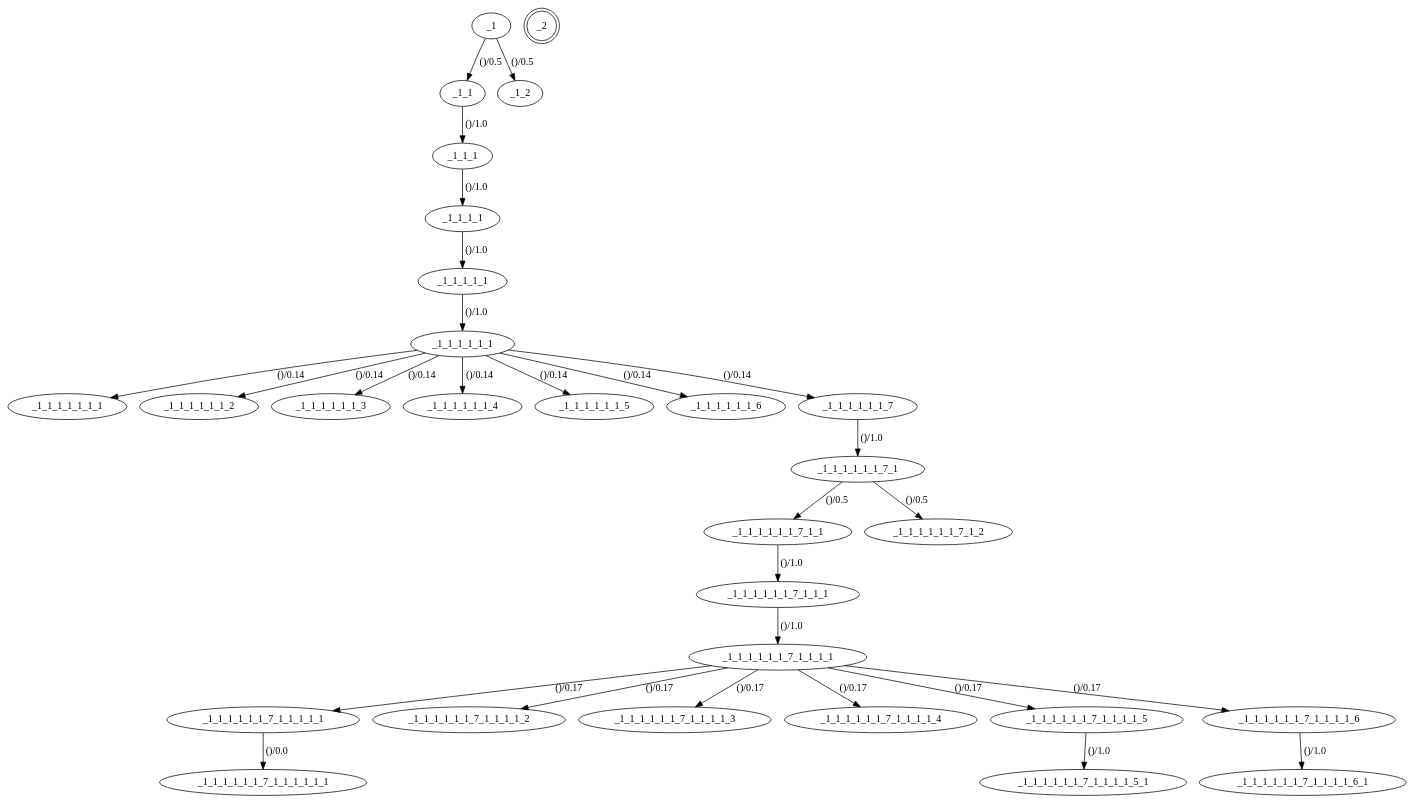
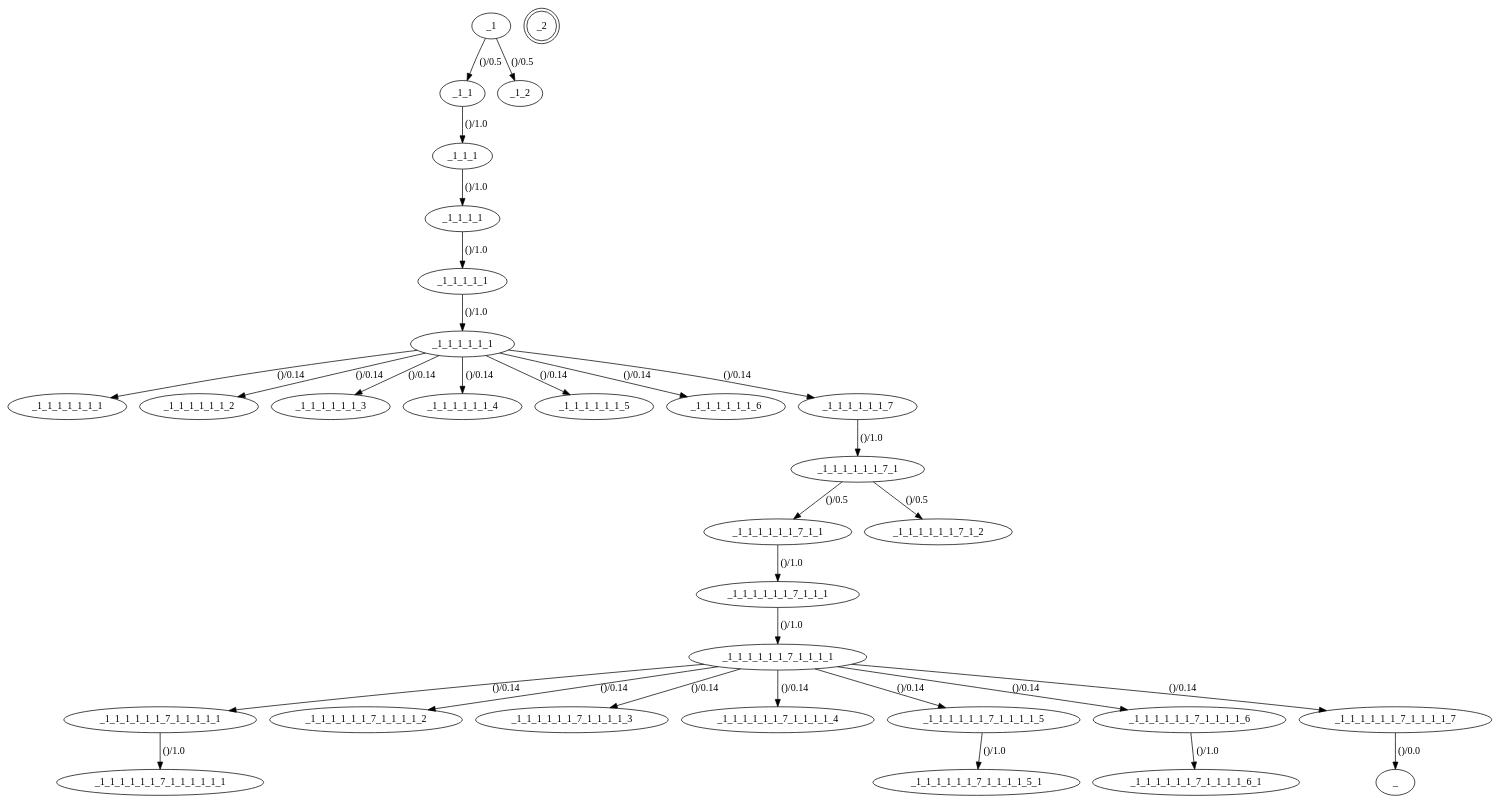
Before and after one commit to helttu/slideco-tests: the diagram in qauto_deco/pagemodel/structure.gv, drawn with Graphviz. The commit also changed 11 other files, not shown here.

```diff
--- a/qauto_deco/pagemodel/structure.gv
+++ b/qauto_deco/pagemodel/structure.gv
@@ -1,60 +1,63 @@
 digraph default_model {
 //States
 _1
 _1_1_1
 _1_1
 _1_1_1_1
 _1_1_1_1_1
 _1_1_1_1_1_1
 _1_1_1_1_1_1_1
 _1_1_1_1_1_1_2
 _1_1_1_1_1_1_3
 _1_1_1_1_1_1_4
 _1_1_1_1_1_1_5
 _1_1_1_1_1_1_6
 _1_1_1_1_1_1_7
 _1_1_1_1_1_1_7_1
 _1_1_1_1_1_1_7_1_1
 _1_1_1_1_1_1_7_1_1_1
 _1_1_1_1_1_1_7_1_1_1_1
 _1_1_1_1_1_1_7_1_1_1_1_1
 _1_1_1_1_1_1_7_1_1_1_1_2
 _1_1_1_1_1_1_7_1_1_1_1_3
 _1_1_1_1_1_1_7_1_1_1_1_4
 _1_1_1_1_1_1_7_1_1_1_1_5
 _1_1_1_1_1_1_7_1_1_1_1_5_1
 _1_1_1_1_1_1_7_1_2
 _1_1_1_1_1_1_7_1_1_1_1_6
 _1_1_1_1_1_1_7_1_1_1_1_6_1
 _1_2
 _1_1_1_1_1_1_7_1_1_1_1_1_1
+_1_1_1_1_1_1_7_1_1_1_1_7
 _2[shape = "doublecircle"]
 //Transitions
 _1 -> _1_1[ label = "()/0.5", probability = "0.5", set_guard = "(u'', u'')", check_guard = "(u'', u'')", edge_id = "fc549930-c01f-11e5-bdbc-a94980e8de8d"]
 _1_1 -> _1_1_1[ label = "()/1.0", probability = "1.0", set_guard = "(u'', u'')", check_guard = "(u'', u'')", edge_id = "fe4879ee-c01f-11e5-8b18-a94980e8de8d"]
 _1_1_1 -> _1_1_1_1[ label = "()/1.0", probability = "1.0", set_guard = "(u'', u'')", check_guard = "(u'', u'')", edge_id = "ac323121-c02d-11e5-8503-a94980e8de8d"]
 _1_1_1_1 -> _1_1_1_1_1[ label = "()/1.0", probability = "1.0", set_guard = "(u'', u'')", check_guard = "(u'', u'')", edge_id = "2e873671-c02e-11e5-a260-a94980e8de8d"]
 _1_1_1_1_1 -> _1_1_1_1_1_1[ label = "()/1.0", probability = "1.0", set_guard = "(u'', u'')", check_guard = "(u'', u'')", edge_id = "fa83d631-c032-11e5-aabc-a94980e8de8d"]
 _1_1_1_1_1_1 -> _1_1_1_1_1_1_1[ label = "()/0.14", probability = "0.142857142857", set_guard = "(u'', u'')", check_guard = "(u'', u'')", edge_id = "8bbcdc9f-c038-11e5-88a6-a94980e8de8d"]
 _1_1_1_1_1_1 -> _1_1_1_1_1_1_2[ label = "()/0.14", probability = "0.142857142857", set_guard = "(u'', u'')", check_guard = "(u'', u'')", edge_id = "e2cac7ef-c038-11e5-b7d3-a94980e8de8d"]
 _1_1_1_1_1_1 -> _1_1_1_1_1_1_3[ label = "()/0.14", probability = "0.142857142857", set_guard = "(u'', u'')", check_guard = "(u'', u'')", edge_id = "0b82f9ae-c039-11e5-b3ff-a94980e8de8d"]
 _1_1_1_1_1_1 -> _1_1_1_1_1_1_4[ label = "()/0.14", probability = "0.142857142857", set_guard = "(u'', u'')", check_guard = "(u'', u'')", edge_id = "3bceb6e2-c039-11e5-9122-a94980e8de8d"]
 _1_1_1_1_1_1 -> _1_1_1_1_1_1_5[ label = "()/0.14", probability = "0.142857142857", set_guard = "(u'', u'')", check_guard = "(u'', u'')", edge_id = "fdcfa1a1-c039-11e5-8b14-a94980e8de8d"]
 _1_1_1_1_1_1 -> _1_1_1_1_1_1_6[ label = "()/0.14", probability = "0.142857142857", set_guard = "(u'', u'')", check_guard = "(u'', u'')", edge_id = "ff775e30-c039-11e5-93ba-a94980e8de8d"]
 _1_1_1_1_1_1 -> _1_1_1_1_1_1_7[ label = "()/0.14", probability = "0.142857142857", set_guard = "(u'', u'')", check_guard = "(u'', u'')", edge_id = "01636f5f-c03d-11e5-94c1-a94980e8de8d"]
 _1_1_1_1_1_1_7 -> _1_1_1_1_1_1_7_1[ label = "()/1.0", probability = "1.0", set_guard = "(u'', u'')", check_guard = "(u'', u'')", edge_id = "63c5beb1-c03d-11e5-986f-a94980e8de8d"]
 _1_1_1_1_1_1_7_1 -> _1_1_1_1_1_1_7_1_1[ label = "()/0.5", probability = "0.5", set_guard = "(u'', u'')", check_guard = "(u'', u'')", edge_id = "81ed66c1-c03f-11e5-b923-a94980e8de8d"]
 _1_1_1_1_1_1_7_1_1 -> _1_1_1_1_1_1_7_1_1_1[ label = "()/1.0", probability = "1.0", set_guard = "(u'', u'')", check_guard = "(u'', u'')", edge_id = "80083690-c040-11e5-a873-a94980e8de8d"]
 _1_1_1_1_1_1_7_1_1_1 -> _1_1_1_1_1_1_7_1_1_1_1[ label = "()/1.0", probability = "1.0", set_guard = "(u'', u'')", check_guard = "(u'', u'')", edge_id = "110f70e2-c041-11e5-8143-a94980e8de8d"]
-_1_1_1_1_1_1_7_1_1_1_1 -> _1_1_1_1_1_1_7_1_1_1_1_1[ label = "()/0.17", probability = "0.166666666667", set_guard = "(u'', u'')", check_guard = "(u'', u'')", edge_id = "cb99f522-c041-11e5-8451-a94980e8de8d"]
-_1_1_1_1_1_1_7_1_1_1_1 -> _1_1_1_1_1_1_7_1_1_1_1_2[ label = "()/0.17", probability = "0.166666666667", set_guard = "(u'', u'')", check_guard = "(u'', u'')", edge_id = "018954a1-c042-11e5-88d0-a94980e8de8d"]
-_1_1_1_1_1_1_7_1_1_1_1 -> _1_1_1_1_1_1_7_1_1_1_1_3[ label = "()/0.17", probability = "0.166666666667", set_guard = "(u'', u'')", check_guard = "(u'', u'')", edge_id = "2f99eede-c042-11e5-a975-a94980e8de8d"]
-_1_1_1_1_1_1_7_1_1_1_1 -> _1_1_1_1_1_1_7_1_1_1_1_4[ label = "()/0.17", probability = "0.166666666667", set_guard = "(u'', u'')", check_guard = "(u'', u'')", edge_id = "59dcb841-c042-11e5-a3d8-a94980e8de8d"]
-_1_1_1_1_1_1_7_1_1_1_1 -> _1_1_1_1_1_1_7_1_1_1_1_5[ label = "()/0.17", probability = "0.166666666667", set_guard = "(u'', u'')", check_guard = "(u'', u'')", edge_id = "9ddb07e2-c042-11e5-a824-a94980e8de8d"]
+_1_1_1_1_1_1_7_1_1_1_1 -> _1_1_1_1_1_1_7_1_1_1_1_1[ label = "()/0.14", probability = "0.142857142857", set_guard = "(u'', u'')", check_guard = "(u'', u'')", edge_id = "cb99f522-c041-11e5-8451-a94980e8de8d"]
+_1_1_1_1_1_1_7_1_1_1_1 -> _1_1_1_1_1_1_7_1_1_1_1_2[ label = "()/0.14", probability = "0.142857142857", set_guard = "(u'', u'')", check_guard = "(u'', u'')", edge_id = "018954a1-c042-11e5-88d0-a94980e8de8d"]
+_1_1_1_1_1_1_7_1_1_1_1 -> _1_1_1_1_1_1_7_1_1_1_1_3[ label = "()/0.14", probability = "0.142857142857", set_guard = "(u'', u'')", check_guard = "(u'', u'')", edge_id = "2f99eede-c042-11e5-a975-a94980e8de8d"]
+_1_1_1_1_1_1_7_1_1_1_1 -> _1_1_1_1_1_1_7_1_1_1_1_4[ label = "()/0.14", probability = "0.142857142857", set_guard = "(u'', u'')", check_guard = "(u'', u'')", edge_id = "59dcb841-c042-11e5-a3d8-a94980e8de8d"]
+_1_1_1_1_1_1_7_1_1_1_1 -> _1_1_1_1_1_1_7_1_1_1_1_5[ label = "()/0.14", probability = "0.142857142857", set_guard = "(u'', u'')", check_guard = "(u'', u'')", edge_id = "9ddb07e2-c042-11e5-a824-a94980e8de8d"]
 _1_1_1_1_1_1_7_1_1_1_1_5 -> _1_1_1_1_1_1_7_1_1_1_1_5_1[ label = "()/1.0", probability = "1.0", set_guard = "(u'', u'')", check_guard = "(u'', u'')", edge_id = "a6ca075e-c0c0-11e5-bbbb-a94980e8de8d"]
 _1_1_1_1_1_1_7_1 -> _1_1_1_1_1_1_7_1_2[ label = "()/0.5", probability = "0.5", set_guard = "(u'', u'')", check_guard = "(u'', u'')", edge_id = "90f4aa10-c0c2-11e5-9162-a94980e8de8d"]
-_1_1_1_1_1_1_7_1_1_1_1 -> _1_1_1_1_1_1_7_1_1_1_1_6[ label = "()/0.17", probability = "0.166666666667", set_guard = "(u'', u'')", check_guard = "(u'', u'')", edge_id = "07bfa41e-c59f-11e5-ac9f-2c600cd4c6d7"]
+_1_1_1_1_1_1_7_1_1_1_1 -> _1_1_1_1_1_1_7_1_1_1_1_6[ label = "()/0.14", probability = "0.142857142857", set_guard = "(u'', u'')", check_guard = "(u'', u'')", edge_id = "07bfa41e-c59f-11e5-ac9f-2c600cd4c6d7"]
 _1_1_1_1_1_1_7_1_1_1_1_6 -> _1_1_1_1_1_1_7_1_1_1_1_6_1[ label = "()/1.0", probability = "1.0", set_guard = "(u'', u'')", check_guard = "(u'', u'')", edge_id = "b18e8770-c5a2-11e5-922c-2c600cd4c6d7"]
 _1 -> _1_2[ label = "()/0.5", probability = "0.5", set_guard = "(u'', u'')", check_guard = "(u'', u'')", edge_id = "f0ffd800-c66a-11e5-8f83-2c600cd4c6d7"]
-_1_1_1_1_1_1_7_1_1_1_1_1 -> _1_1_1_1_1_1_7_1_1_1_1_1_1[ label = "()/0.0", probability = "0.0", set_guard = "('', '')", check_guard = "('', '')", edge_id = "2f5d7d41-c8b5-11e5-b5b1-00247e035201"]
+_1_1_1_1_1_1_7_1_1_1_1_1 -> _1_1_1_1_1_1_7_1_1_1_1_1_1[ label = "()/1.0", probability = "1.0", set_guard = "(u'', u'')", check_guard = "(u'', u'')", edge_id = "2f5d7d41-c8b5-11e5-b5b1-00247e035201"]
+_1_1_1_1_1_1_7_1_1_1_1 -> _1_1_1_1_1_1_7_1_1_1_1_7[ label = "()/0.14", probability = "0.142857142857", set_guard = "(u'', u'')", check_guard = "(u'', u'')", edge_id = "63b998ef-c8bd-11e5-b359-00247e035201"]
+_1_1_1_1_1_1_7_1_1_1_1_7 -> _[ label = "()/0.0", probability = "0.0", set_guard = "('', '')", check_guard = "('', '')", edge_id = "b40472c1-c8be-11e5-b9d2-00247e035201"]
 }
```
